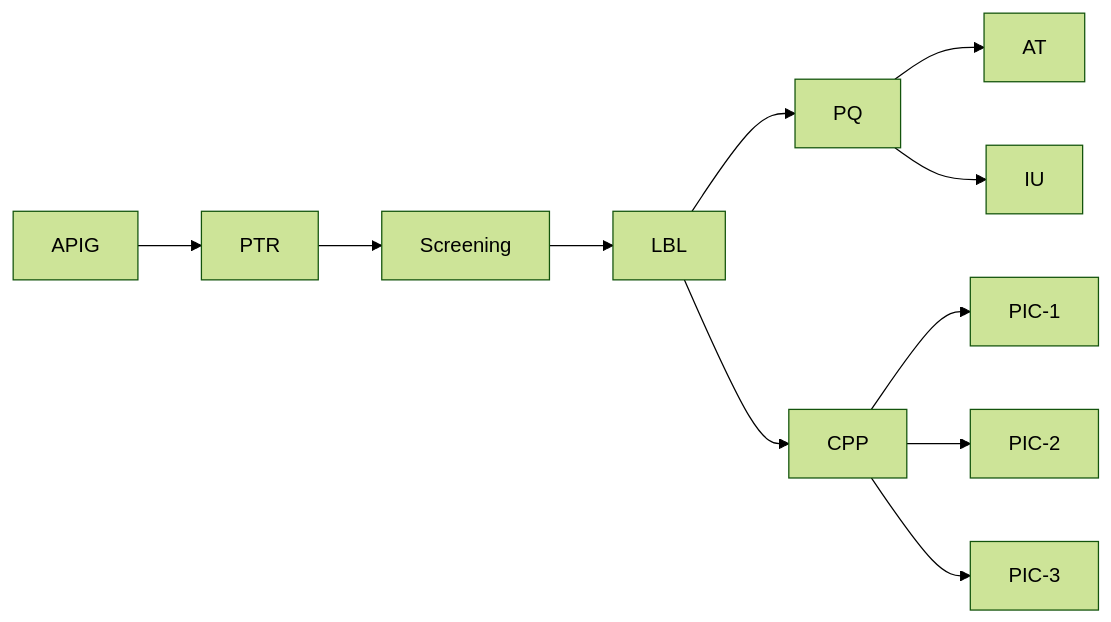
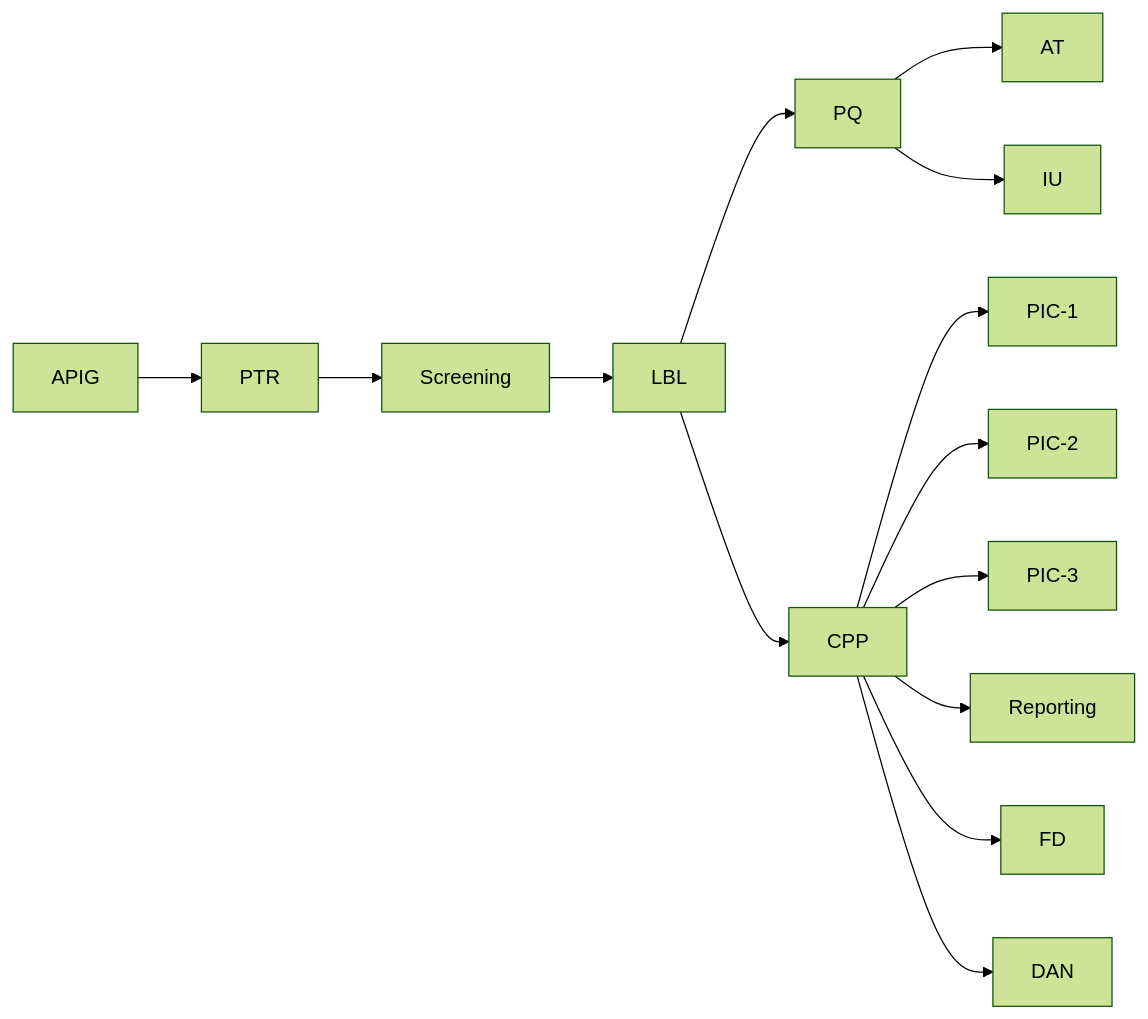
Before and after one commit to digital-michael/prototype-payment-system: the diagram in README.md, drawn with Mermaid (forest theme). The commit also changed other lines of this file, not shown here.

````diff
--- a/README.md
+++ b/README.md
@@ -22,13 +22,16 @@
 ```mermaid
 graph LR;
     APIG-->PTR;
     PTR-->Screening;
     Screening-->LBL;
     LBL-->PQ;
     PQ-->AT;
     PQ-->IU;
     LBL-->CPP;
     CPP-->PIC-1;
     CPP-->PIC-2;
     CPP-->PIC-3;
+    CPP-->Reporting;
+    CPP-->FD;
+    CPP-->DAN;
 ```
````
